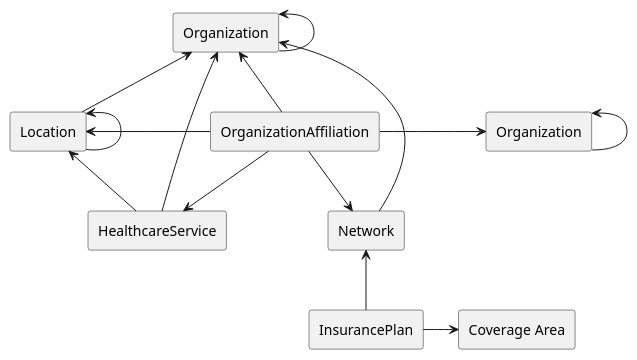
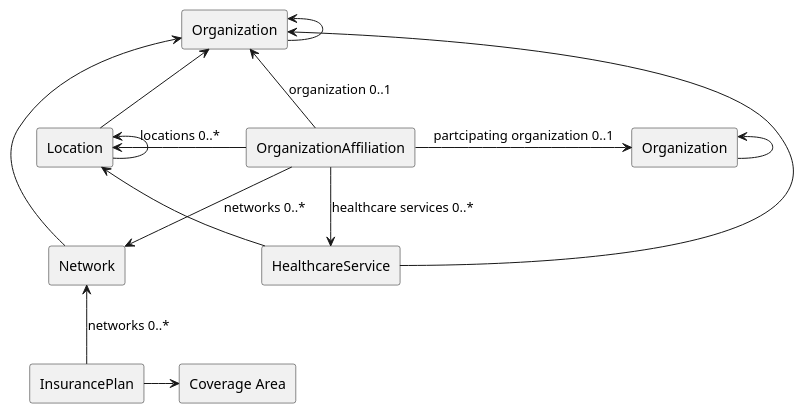
The diagram in input/images-source/RelOrganizationAffiliation.plantuml (HL7/fhir-us-ndh), drawn with PlantUML before and after one commit. The commit also changed 31 other files, not shown here.

```diff
--- a/input/images-source/RelOrganizationAffiliation.plantuml
+++ b/input/images-source/RelOrganizationAffiliation.plantuml
@@ -1,28 +1,28 @@
 @startuml
 
 agent OrganizationAffiliation as orgAff
 agent Organization as organization1
 agent Organization as organization2
 agent Location as location
 agent Network as network
 agent HealthcareService as service
 agent InsurancePlan as insurance
 agent "Coverage Area" as location2
 
 
-orgAff -right-> organization2
-orgAff -up-> organization1
-orgAff -down-> service
-orgAff -down-> network 
-orgAff -left-> location
+orgAff -right-> organization2: "partcipating organization 0..1"
+orgAff -up-> organization1:  "organization 0..1"
+orgAff -down-> service: "healthcare services 0..*"
+orgAff -down-> network: "networks 0..*"
+orgAff -left-> location: "locations 0..*"
 location -up-> location
 location -up-> organization1
 organization1 -up-> organization1
 service -up-> location
 service -up-> organization1
 network -up-> organization1
 organization2 -up-> organization2
-insurance -up-> network
+insurance -up-> network: "networks 0..*"
 insurance -right-> location2
 
 @enduml
```
